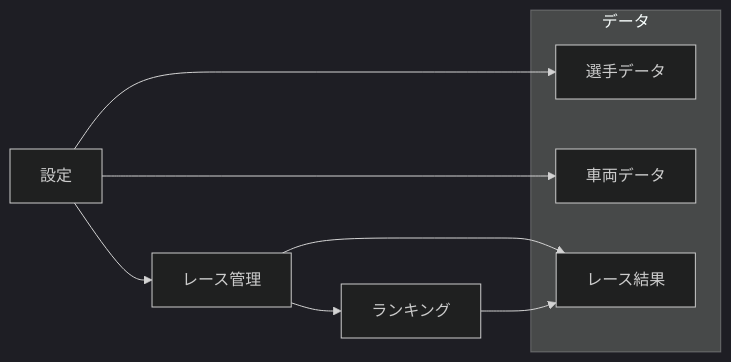
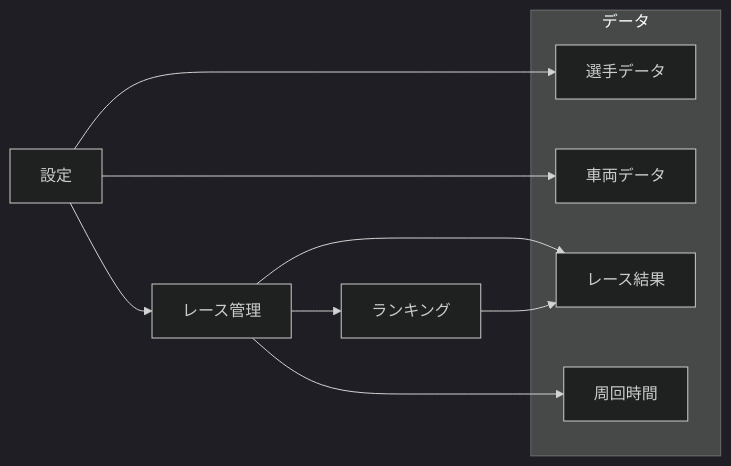
One commit to YakiFrog/yonku-counter-ui changed the second of 8 diagrams in README.md. Above: the diagram before and after it, drawn with Mermaid (dark theme). The commit also changed other lines of this file and 3 other files, not shown here.

````diff
--- a/README.md
+++ b/README.md
@@ -84,15 +228,16 @@
 ```mermaid
 flowchart LR
     A[設定] --> B[レース管理]
     B --> C[ランキング]
     
     subgraph "データ"
         D[選手データ]
         E[車両データ]
         F[レース結果]
+        G[周回時間]
     end
     
     A --> D & E
-    B --> F
+    B --> F & G
     C --> F
 ```
````
